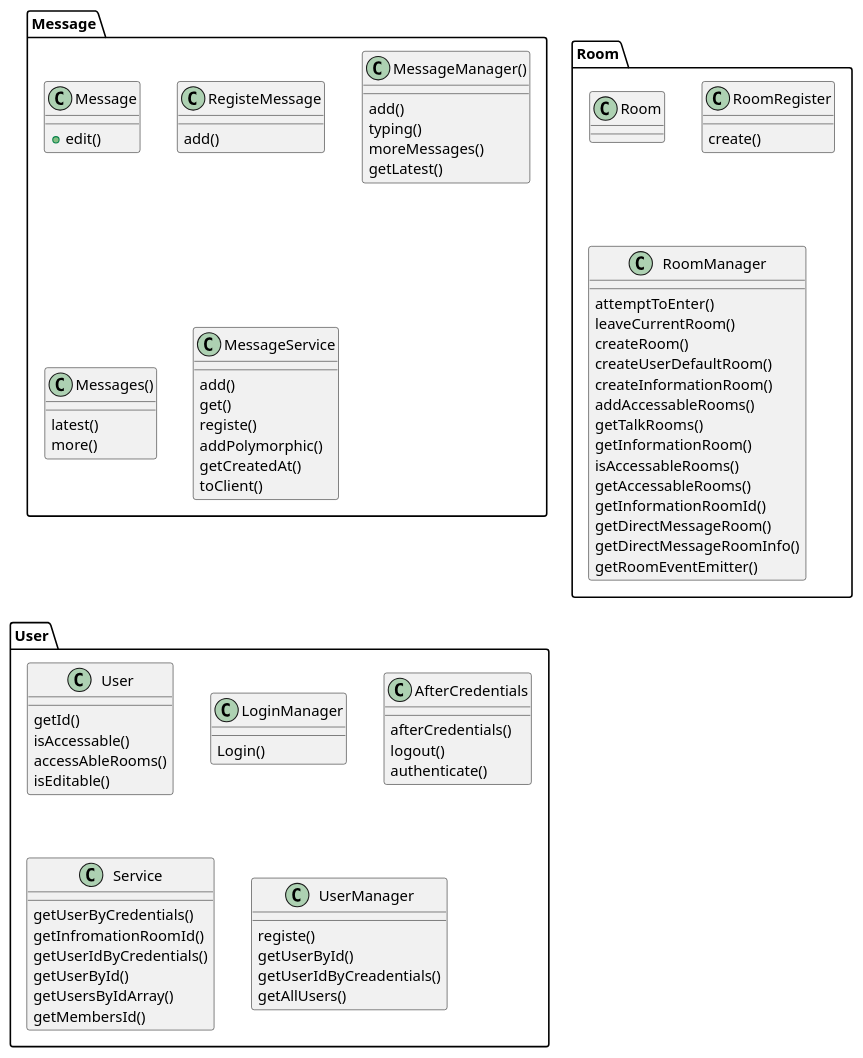
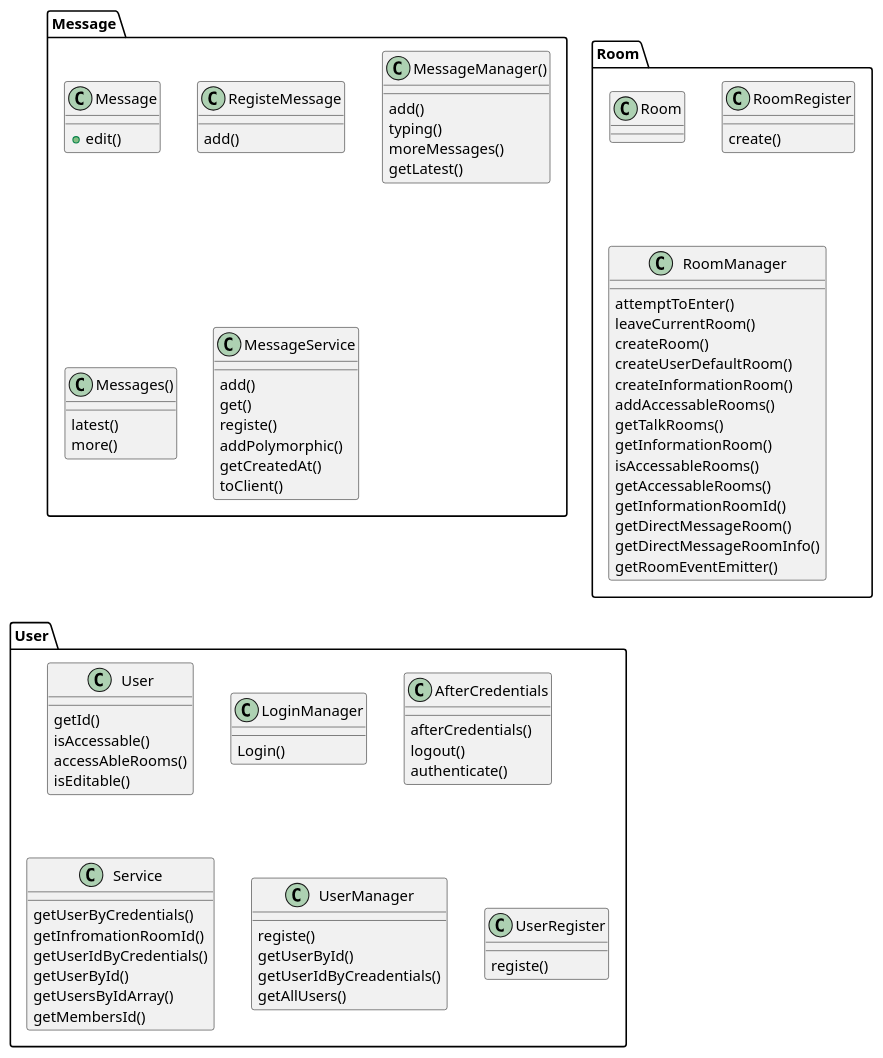
One commit to TOnodera/chatterman changed the diagram in documents/plantUML/クラス図/クラス図-サーバー-.wsd. Above: the diagram before and after it, drawn with PlantUML. The commit also changed 5 other files, not shown here.

```diff
--- a/documents/plantUML/クラス図/クラス図-サーバー-.wsd
+++ b/documents/plantUML/クラス図/クラス図-サーバー-.wsd
@@ -1,106 +1,110 @@
 @startuml
 package Message{
 
     class Message{
         +edit()
     }
 
     class RegisteMessage{
-        add()   
+        add()
     }
 
     class MessageManager(){
         add()
         typing()
         moreMessages()
         getLatest()
     }
 
     class Messages(){
         latest()
         more()        
     }
 
     class MessageService{
         add()
         get()
         registe()
         addPolymorphic()
         getCreatedAt()
         toClient()        
     }
 
 
 }
 
 package Room{
 
     class Room{}
 
     class RoomRegister{
         create()
     }
 
     class RoomManager{
         attemptToEnter()
         leaveCurrentRoom()
         createRoom()
         createUserDefaultRoom()
         createInformationRoom()
         addAccessableRooms()
         getTalkRooms()
         getInformationRoom()
         isAccessableRooms()
         getAccessableRooms()
         getInformationRoomId()
         getDirectMessageRoom()
         getDirectMessageRoomInfo()
         getRoomEventEmitter()
     }
 
 }
 
 package User{
 
     class User{
         getId()
         isAccessable()
         accessAbleRooms()
         isEditable()
     }
 
     class LoginManager{
         Login()
     }
 
     class AfterCredentials{
         afterCredentials()
         logout()
         authenticate()
     }
 
     class Service{
         getUserByCredentials()
         getInfromationRoomId()
         getUserIdByCredentials()
         getUserById()
         getUsersByIdArray()
         getMembersId()
     }
 
     class UserManager{
         registe()
         getUserById()
         getUserIdByCreadentials()
         getAllUsers()
     }
 
+    class UserRegister{
+        registe()
+    }
+
 
 }
 
 
 
 
 
 
 @enduml
```
